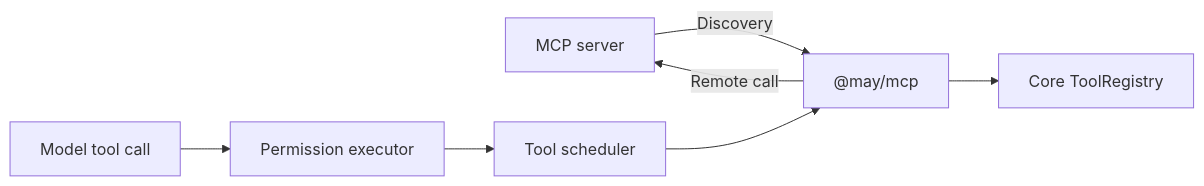
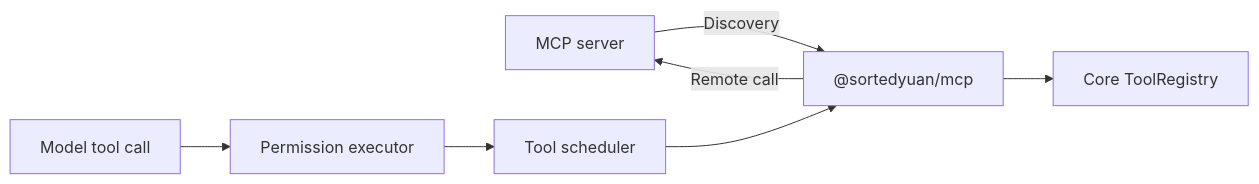
Before and after one commit to qiuyaodawo/May: the diagram in docs/en/guides/mcp.md, drawn with Mermaid. The commit also changed other lines of this file and 685 other files, not shown here.

````diff
--- a/docs/en/guides/mcp.md
+++ b/docs/en/guides/mcp.md
@@ -30,9 +30,9 @@
 ```mermaid
 flowchart LR
-  server[MCP server] -->|Discovery| adapter["@may/mcp"]
+  server[MCP server] -->|Discovery| adapter["@sortedyuan/mcp"]
   adapter --> registry[Core ToolRegistry]
   model[Model tool call] --> permission[Permission executor]
   permission --> scheduler[Tool scheduler]
   scheduler --> adapter
   adapter -->|Remote call| server
 ```
````
